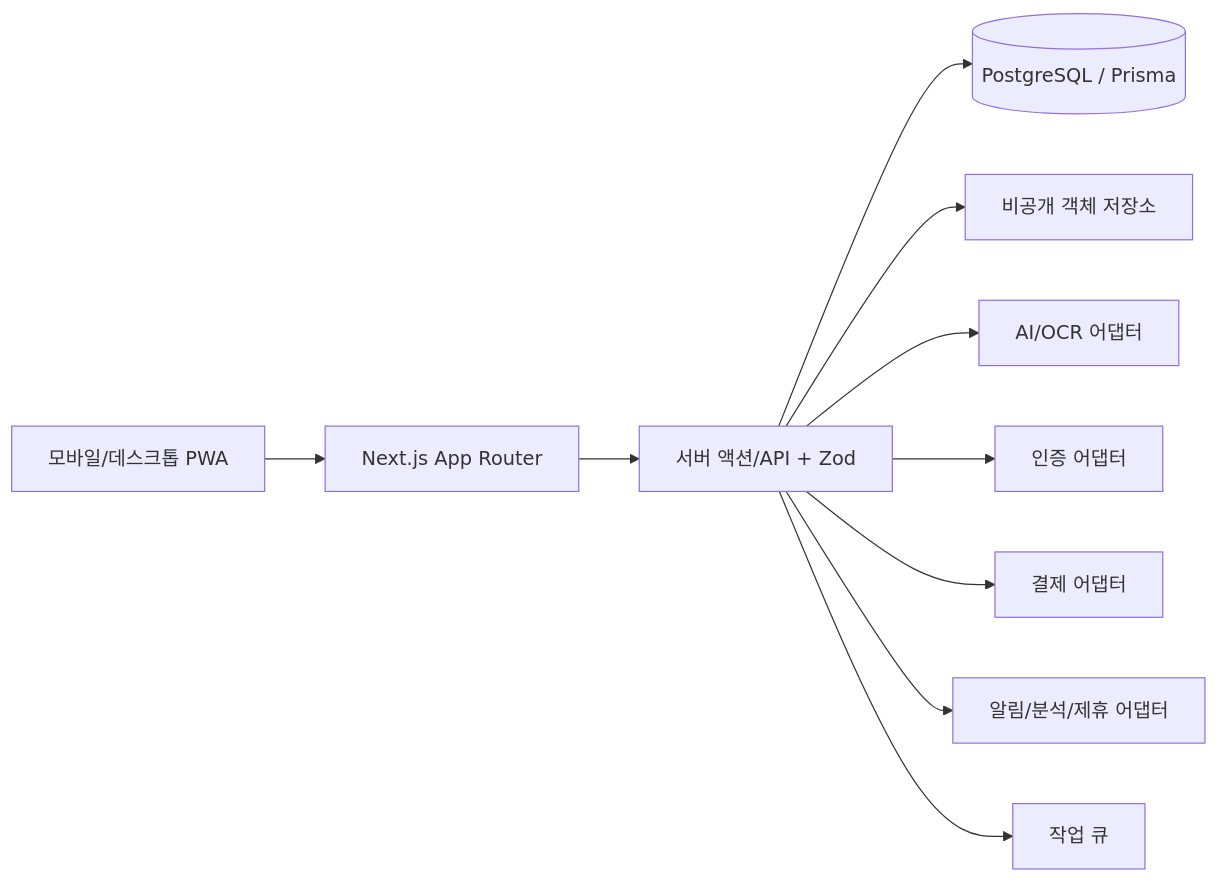
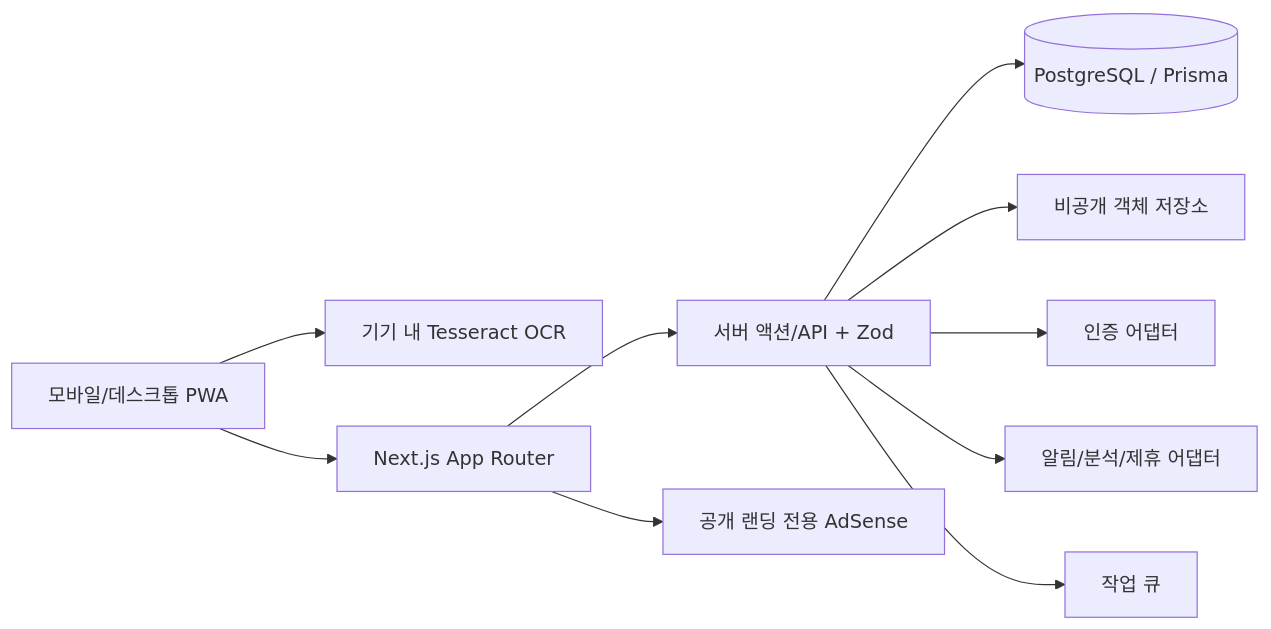
One commit to jsh0529-beep/bohoja changed the diagram in docs/ARCHITECTURE.md. Above: the diagram before and after it, drawn with Mermaid. The commit also changed other lines of this file and 2 other files, not shown here.

Commit message:
무료 OCR 제품 문서로 갱신

````diff
--- a/docs/ARCHITECTURE.md
+++ b/docs/ARCHITECTURE.md
@@ -5,12 +5,12 @@
 ```mermaid
 flowchart LR
-  U["모바일/데스크톱 PWA"] --> N["Next.js App Router"]
+  U["모바일/데스크톱 PWA"] --> O["기기 내 Tesseract OCR"]
+  U --> N["Next.js App Router"]
   N --> A["서버 액션/API + Zod"]
   A --> P[("PostgreSQL / Prisma")]
   A --> S["비공개 객체 저장소"]
-  A --> I["AI/OCR 어댑터"]
   A --> G["인증 어댑터"]
-  A --> Y["결제 어댑터"]
   A --> M["알림/분석/제휴 어댑터"]
   A --> Q["작업 큐"]
+  N --> D["공개 랜딩 전용 AdSense"]
 ```
````
